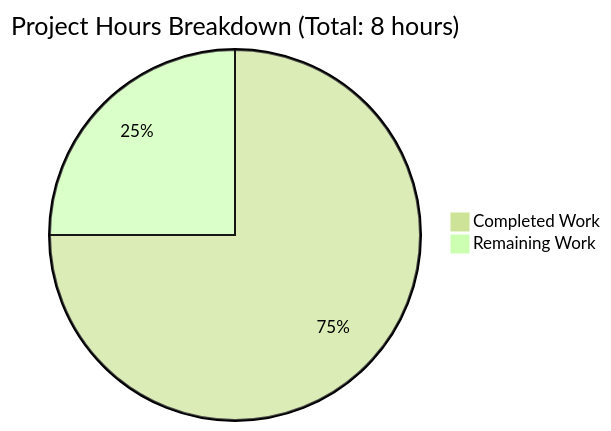
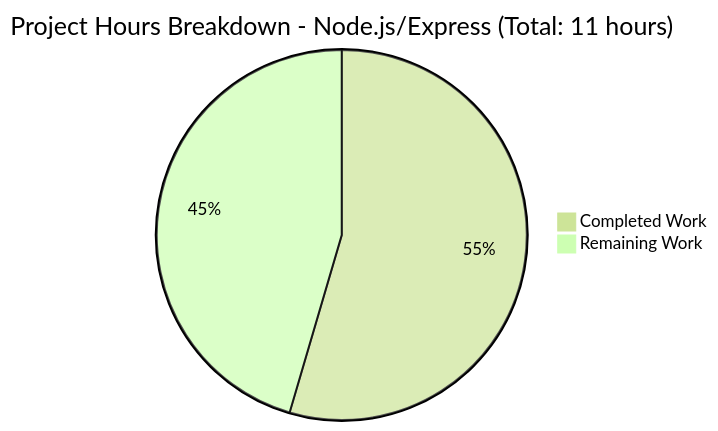
One commit to blitzytest02/10oct_5 changed the first of 2 diagrams in blitzy/documentation/Project Guide.md. Above: the diagram before and after it, drawn with Mermaid (forest theme). The commit also changed other lines of this file, not shown here.

Commit message:
Adding Blitzy Project Guide: Project Status and Human Tasks Remaining

````diff
--- a/blitzy/documentation/Project Guide.md
+++ b/blitzy/documentation/Project Guide.md
@@ -75,5 +93,5 @@
 ```mermaid
-pie title Project Hours Breakdown (Total: 8 hours)
+pie title Project Hours Breakdown - Node.js/Express (Total: 11 hours)
     "Completed Work" : 6
-    "Remaining Work" : 2
+    "Remaining Work" : 5
 ```
````
